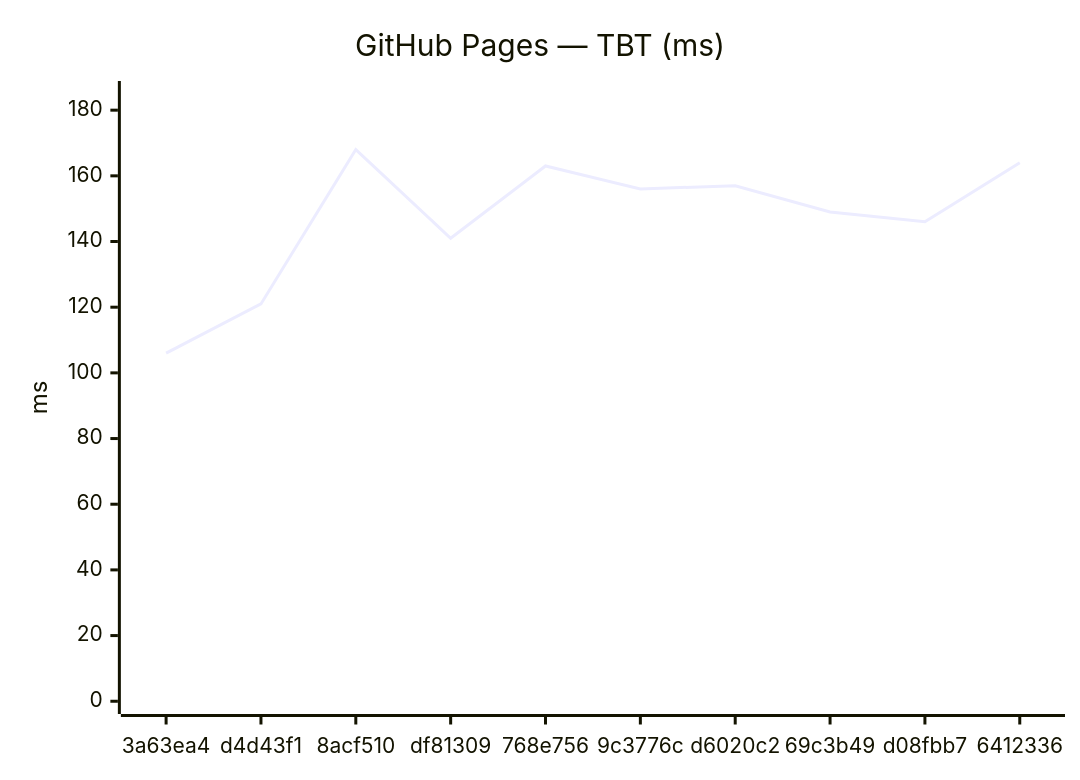
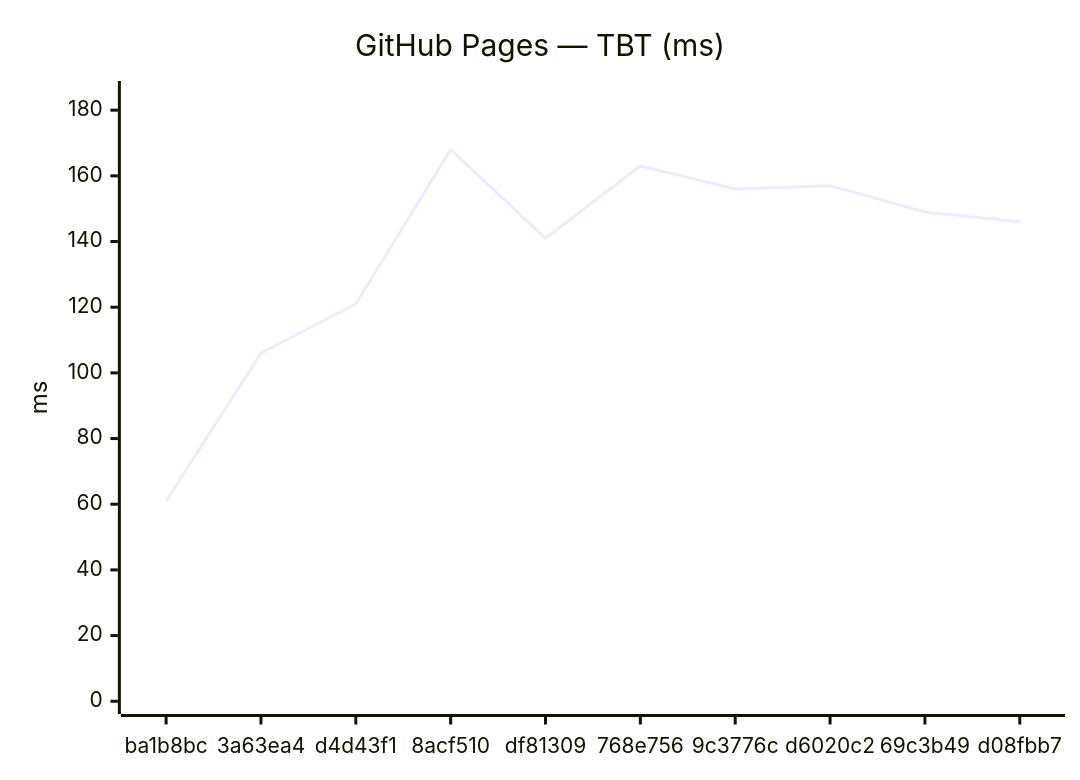
Before and after one commit to Metaheurist/Rianell: the fourth of 18 diagrams in benchmarks/compare.md, drawn with Mermaid. The commit also changed other lines of this file and 11 other files, not shown here.

````diff
--- a/benchmarks/compare.md
+++ b/benchmarks/compare.md
@@ -61,7 +61,7 @@
 ```mermaid
 xychart-beta
     title "GitHub Pages — TBT (ms)"
-    x-axis ["3a63ea4", "d4d43f1", "8acf510", "df81309", "768e756", "9c3776c", "d6020c2", "69c3b49", "d08fbb7", "6412336"]
+    x-axis ["ba1b8bc", "3a63ea4", "d4d43f1", "8acf510", "df81309", "768e756", "9c3776c", "d6020c2", "69c3b49", "d08fbb7"]
     y-axis "ms" 0 --> 185
-    line [106, 121, 168, 141, 163, 156, 157, 149, 146, 164]
+    line [61, 106, 121, 168, 141, 163, 156, 157, 149, 146]
 ```
````
